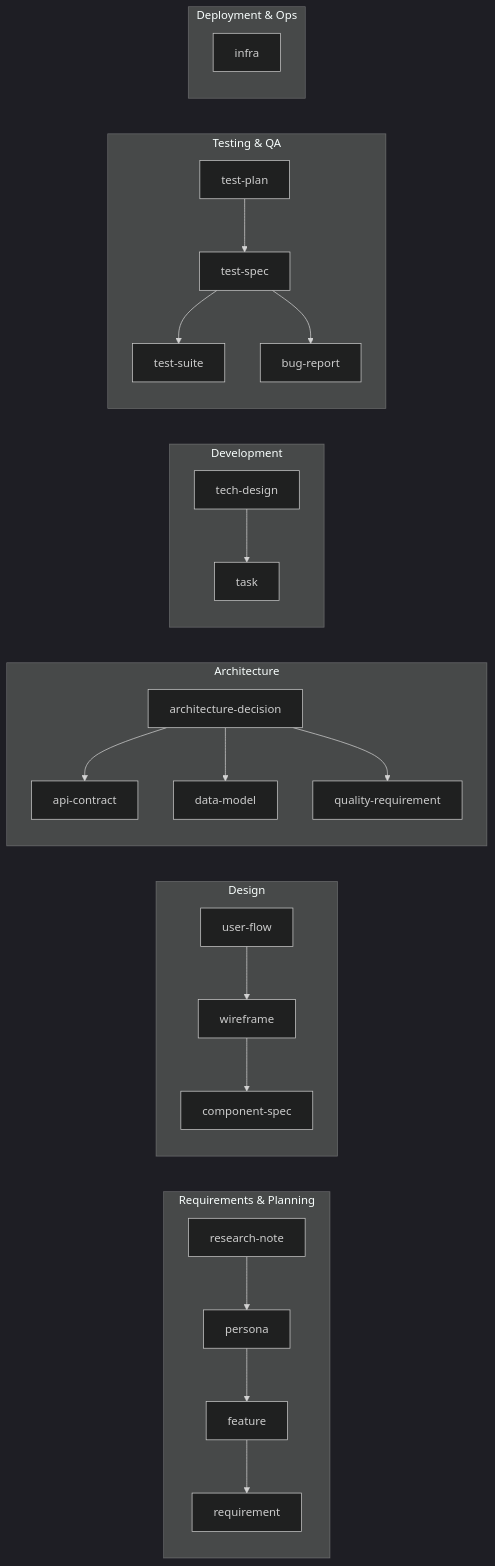
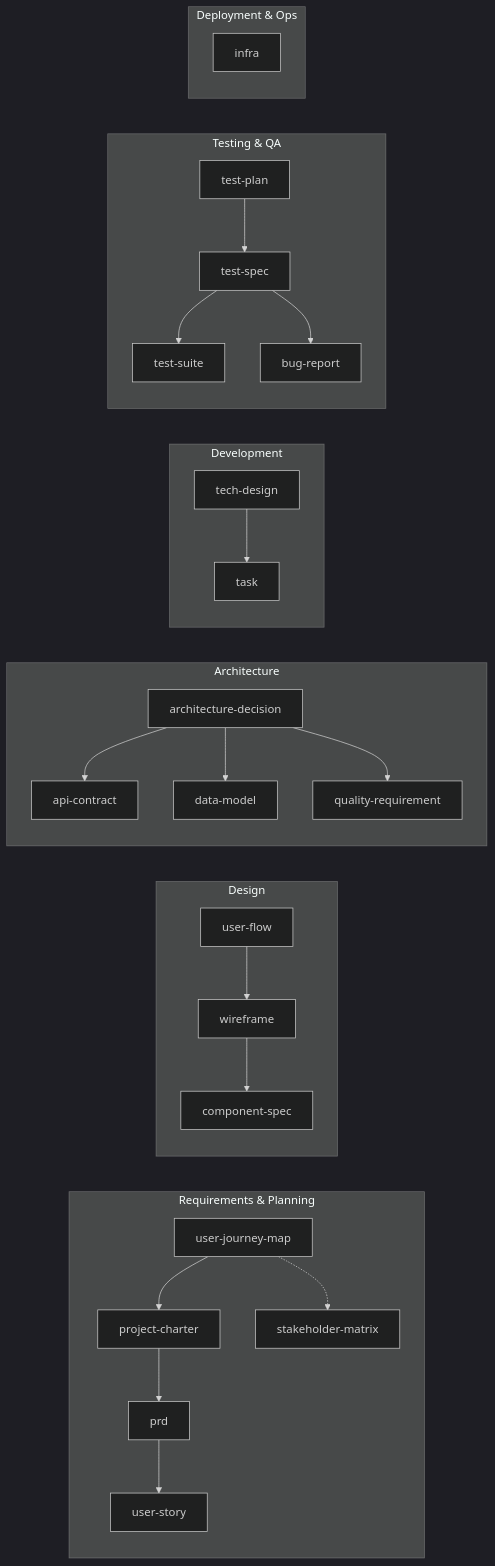
One commit to clitetailor/artifact-driven-development changed the second of 2 diagrams in reference/artifact-dep-graph.md. Above: the diagram before and after it, drawn with Mermaid (dark theme). The commit also changed other lines of this file and 34 other files, not shown here.

````diff
--- a/reference/artifact-dep-graph.md
+++ b/reference/artifact-dep-graph.md
@@ -46,28 +46,29 @@
 ```mermaid
 graph LR
     subgraph REQ[Requirements & Planning]
-        RN[research-note] --> PER[persona]
-        PER --> FEAT[feature]
-        FEAT --> REQ2[requirement]
+        UJM[user-journey-map] --> CHARTER[project-charter]
+        CHARTER --> PRD[prd]
+        PRD --> STORY[user-story]
+        UJM -.-> SM[stakeholder-matrix]
     end
     subgraph DES[Design]
         UF[user-flow] --> WF[wireframe]
         WF --> CS[component-spec]
     end
     subgraph ARC[Architecture]
         ADR[architecture-decision] --> API[api-contract]
         ADR --> DM[data-model]
         ADR --> QR[quality-requirement]
     end
     subgraph DEV[Development]
         TD[tech-design] --> TASK[task]
     end
     subgraph TST[Testing & QA]
         TP[test-plan] --> TS[test-spec]
         TS --> SUITE[test-suite]
         TS --> BUG[bug-report]
     end
     subgraph OPS[Deployment & Ops]
         INFRA[infra]
     end
 ```
````
